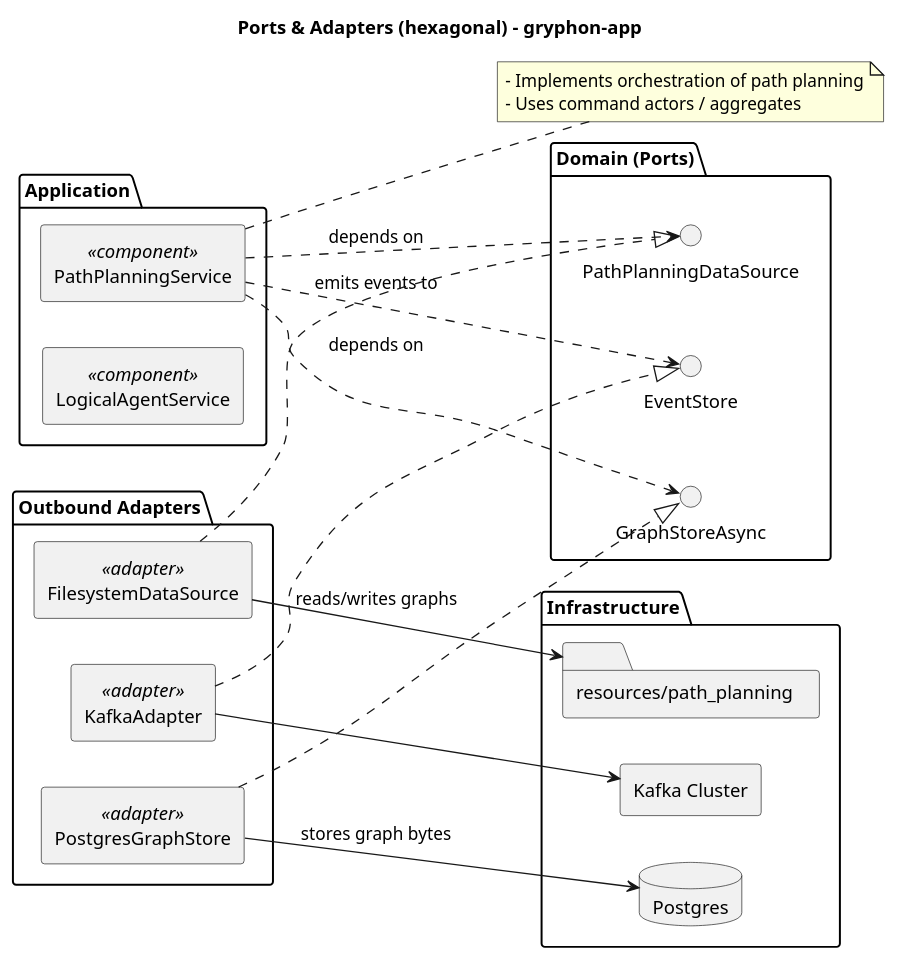
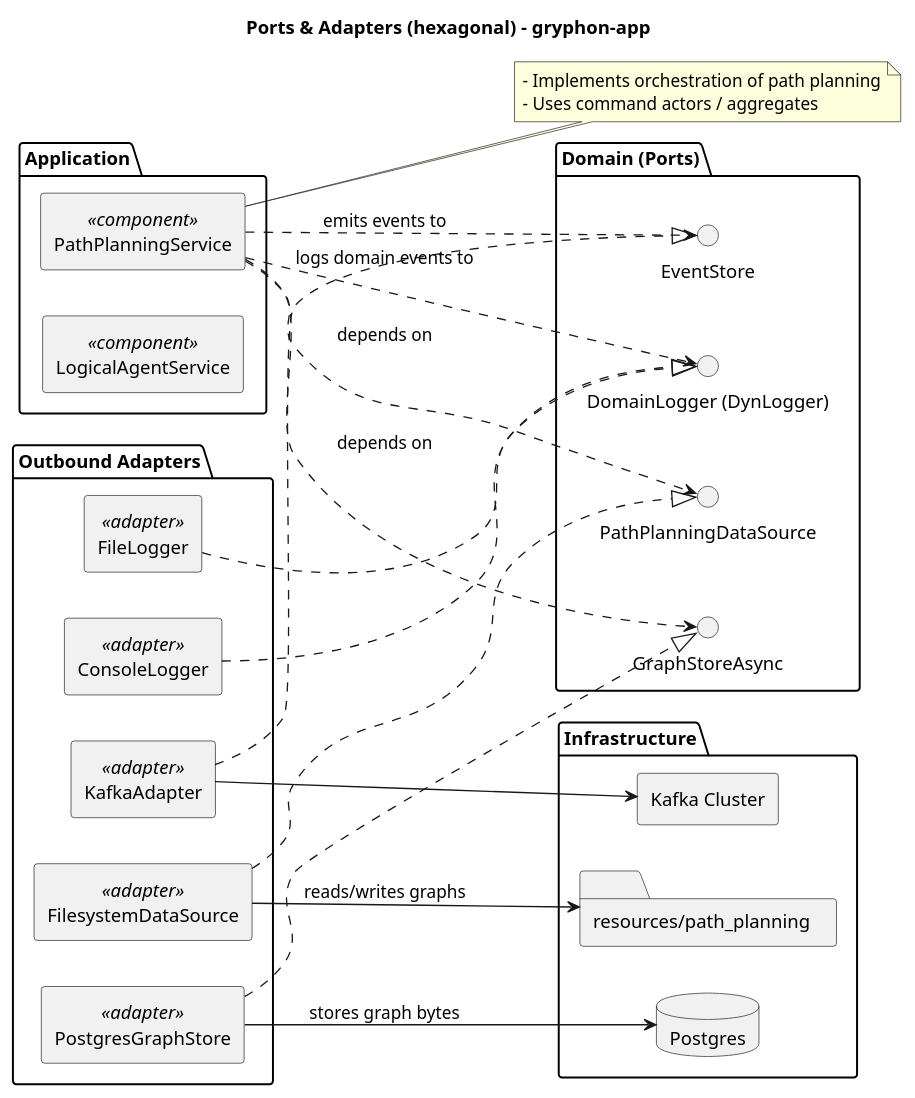
Before and after one commit to eikeschumann971/gryphon-app: the diagram in docs/diagrams/ports_adapters.puml, drawn with PlantUML. The commit also changed 13 other files, not shown here.

Commit message:
refactor: update documentation and diagrams for logger injection and path planning architecture

```diff
--- a/docs/diagrams/ports_adapters.puml
+++ b/docs/diagrams/ports_adapters.puml
@@ -1,46 +1,52 @@
 @startuml
 title Ports & Adapters (hexagonal) - gryphon-app
 left to right direction
 skinparam componentStyle rectangle
 
 package "Application" {
   [PathPlanningService] <<component>>
   [LogicalAgentService] <<component>>
 }
 
 package "Domain (Ports)" {
   interface "GraphStoreAsync" as GraphStorePort
   interface "PathPlanningDataSource" as DataSourcePort
   interface "EventStore" as EventStorePort
+  interface "DomainLogger (DynLogger)" as LoggerPort
 }
 
 package "Outbound Adapters" {
   component "FilesystemDataSource" as FS <<adapter>>
   component "PostgresGraphStore" as PG <<adapter>>
   component "KafkaAdapter" as KAFKA <<adapter>>
+  component "FileLogger" as FILELOG <<adapter>>
+  component "ConsoleLogger" as CONSLOG <<adapter>>
 }
 
 package "Infrastructure" {
   database "Postgres" as DB
   [Kafka Cluster]
   folder "resources/path_planning" as ASSETS
 }
 
 PathPlanningService ..> GraphStorePort : depends on
 PathPlanningService ..> DataSourcePort : depends on
 PathPlanningService ..> EventStorePort : emits events to
+PathPlanningService ..> LoggerPort : logs domain events to
 
 FS ..|> DataSourcePort
 PG ..|> GraphStorePort
 KAFKA ..|> EventStorePort
+FILELOG ..|> LoggerPort
+CONSLOG ..|> LoggerPort
 
 PG --> DB : stores graph bytes
 FS --> ASSETS : reads/writes graphs
 KAFKA --> [Kafka Cluster]
 
 note right of PathPlanningService
   - Implements orchestration of path planning
   - Uses command actors / aggregates
 end note
 
 @enduml
```
